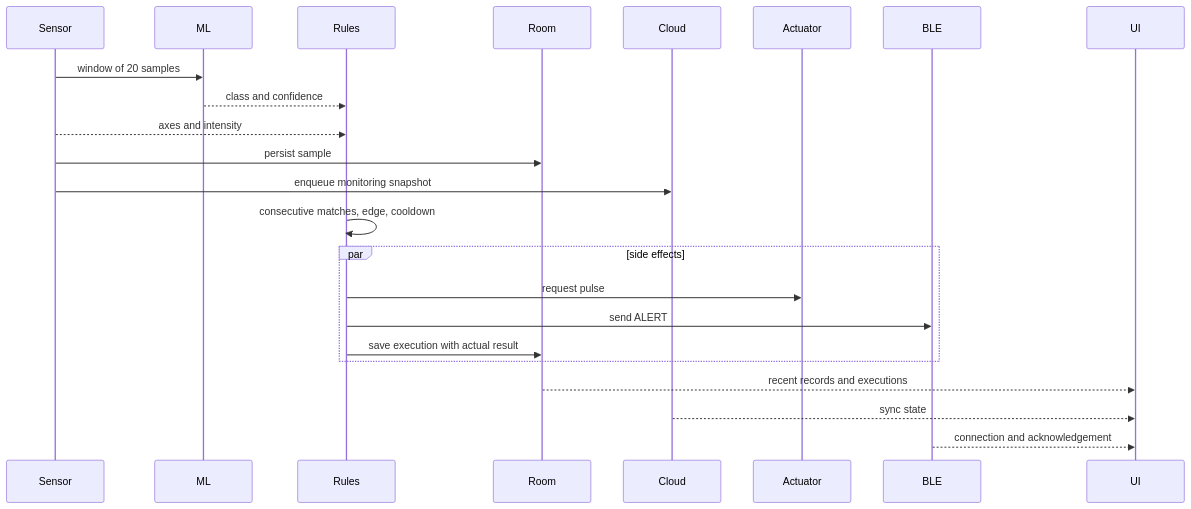
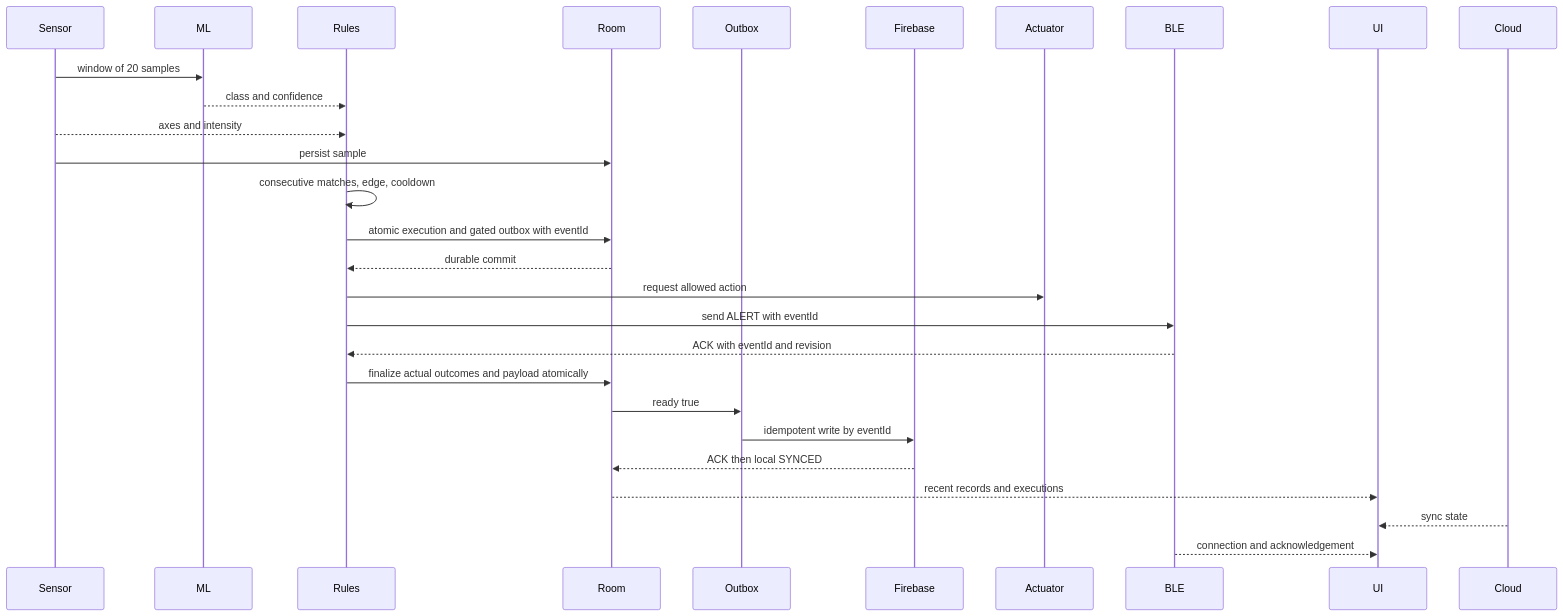
Before and after one commit to Eclipse-XS/SleepTrackerSimulator: the diagram in docs/diagrams/lab7/08_end_to_end.mmd, drawn with Mermaid. The commit also changed 36 other files, not shown here.

```diff
--- a/docs/diagrams/lab7/08_end_to_end.mmd
+++ b/docs/diagrams/lab7/08_end_to_end.mmd
@@ -1,23 +1,27 @@
 sequenceDiagram
   participant Sensor
   participant ML
   participant Rules
   participant Room
-  participant Cloud
+  participant Outbox
+  participant Firebase
   participant Actuator
   participant BLE
   participant UI
   Sensor->>ML: window of 20 samples
   ML-->>Rules: class and confidence
   Sensor-->>Rules: axes and intensity
   Sensor->>Room: persist sample
-  Sensor->>Cloud: enqueue monitoring snapshot
   Rules->>Rules: consecutive matches, edge, cooldown
-  par side effects
-    Rules->>Actuator: request pulse
-    Rules->>BLE: send ALERT
-    Rules->>Room: save execution with actual result
-  end
+  Rules->>Room: atomic execution and gated outbox with eventId
+  Room-->>Rules: durable commit
+  Rules->>Actuator: request allowed action
+  Rules->>BLE: send ALERT with eventId
+  BLE-->>Rules: ACK with eventId and revision
+  Rules->>Room: finalize actual outcomes and payload atomically
+  Room->>Outbox: ready true
+  Outbox->>Firebase: idempotent write by eventId
+  Firebase-->>Room: ACK then local SYNCED
   Room-->>UI: recent records and executions
   Cloud-->>UI: sync state
   BLE-->>UI: connection and acknowledgement
```
